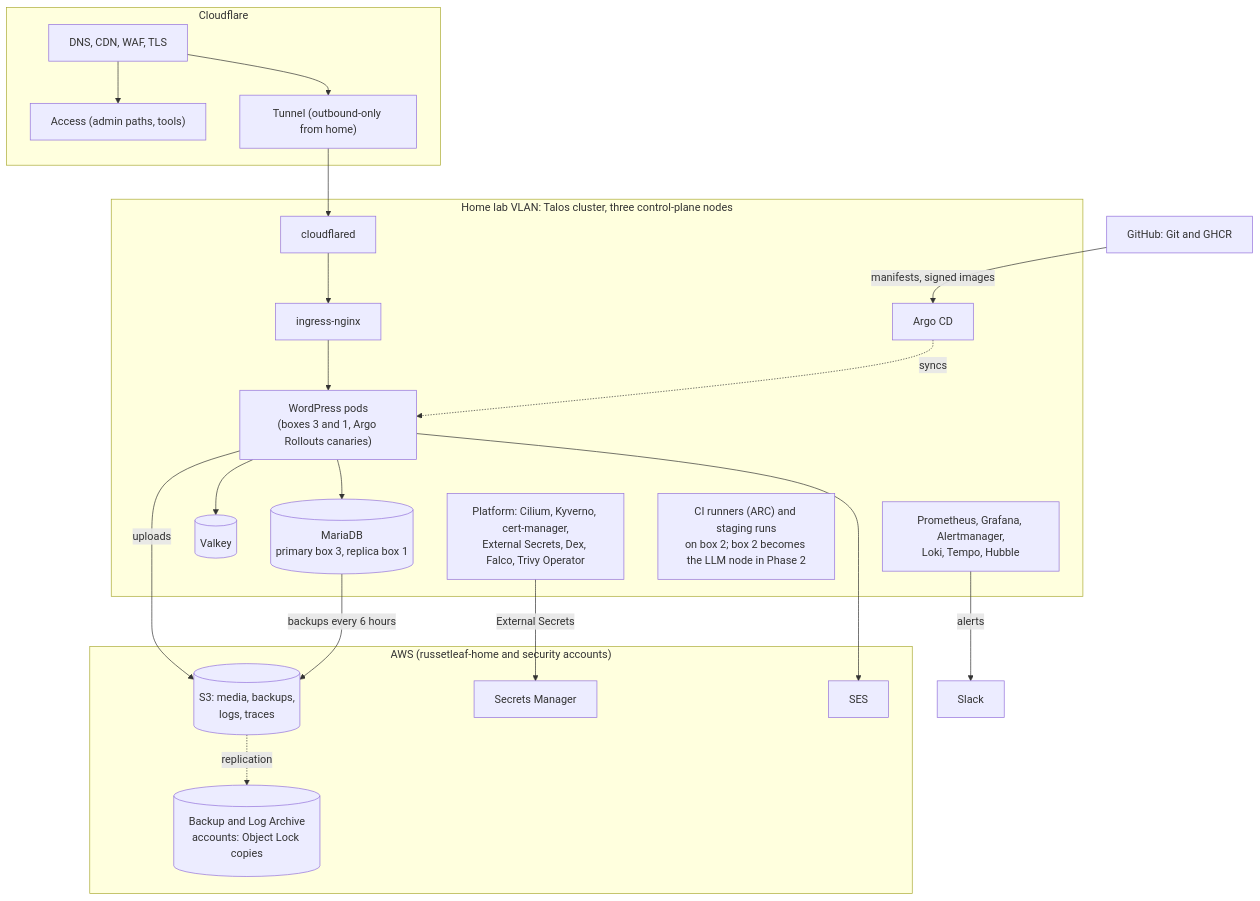
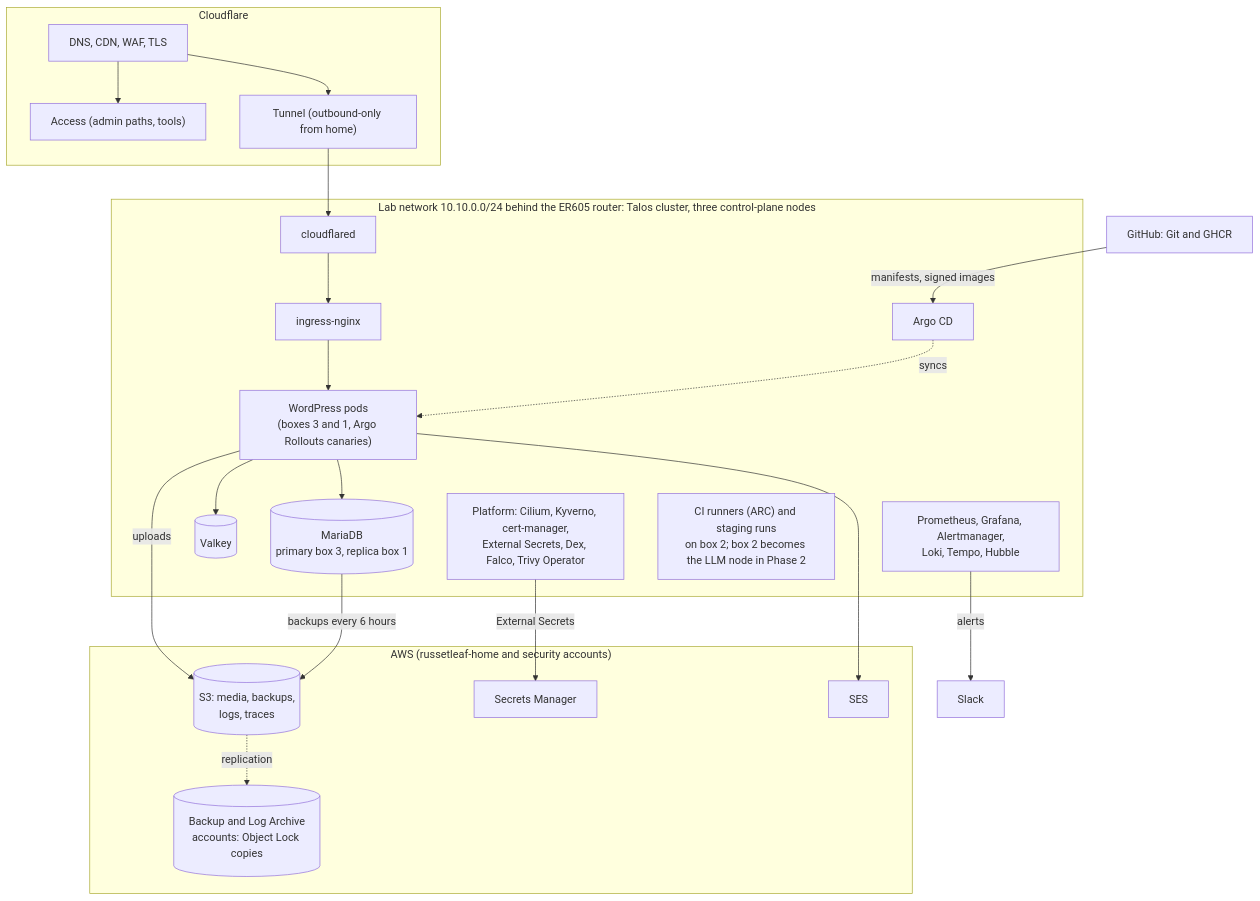
The second of 2 diagrams in docs/phase-1-russetleaf-dev/design.md (russetleaf/russetleaf-docs), drawn with Mermaid before and after one commit. The commit also changed other lines of this file and 10 other files, not shown here.

First line of the commit message:
Lab network, Talos image and bootstrap; Nov 3-6 schedule

````diff
--- a/docs/phase-1-russetleaf-dev/design.md
+++ b/docs/phase-1-russetleaf-dev/design.md
@@ -40,31 +40,31 @@
 ```mermaid
 flowchart TB
   subgraph edge["Cloudflare"]
     dns["DNS, CDN, WAF, TLS"] --> access["Access (admin paths, tools)"]
     tunnel["Tunnel (outbound-only from home)"]
   end
-  subgraph lab["Home lab VLAN: Talos cluster, three control-plane nodes"]
+  subgraph lab["Lab network 10.10.0.0/24 behind the ER605 router: Talos cluster, three control-plane nodes"]
     cfd["cloudflared"] --> ingress["ingress-nginx"]
     ingress --> wp["WordPress pods<br/>(boxes 3 and 1, Argo Rollouts canaries)"]
     wp --> db[("MariaDB<br/>primary box 3, replica box 1")]
     wp --> cache[("Valkey")]
     argo["Argo CD"] -.->|syncs| wp
     plat["Platform: Cilium, Kyverno, cert-manager,<br/>External Secrets, Dex, Falco, Trivy Operator"]
     obs["Prometheus, Grafana, Alertmanager,<br/>Loki, Tempo, Hubble"]
     runners["CI runners (ARC) and staging runs<br/>on box 2; box 2 becomes the LLM node in Phase 2"]
   end
   subgraph aws["AWS (russetleaf-home and security accounts)"]
     s3[("S3: media, backups,<br/>logs, traces")]
     sm["Secrets Manager"]
     ses["SES"]
     backup[("Backup and Log Archive<br/>accounts: Object Lock copies")]
   end
   dns --> tunnel --> cfd
   wp -->|"uploads"| s3
   wp --> ses
   db -->|"backups every 6 hours"| s3
   plat -->|"External Secrets"| sm
   s3 -.->|replication| backup
   obs -->|alerts| slack["Slack"]
   github["GitHub: Git and GHCR"] -->|"manifests, signed images"| argo
 ```
````
